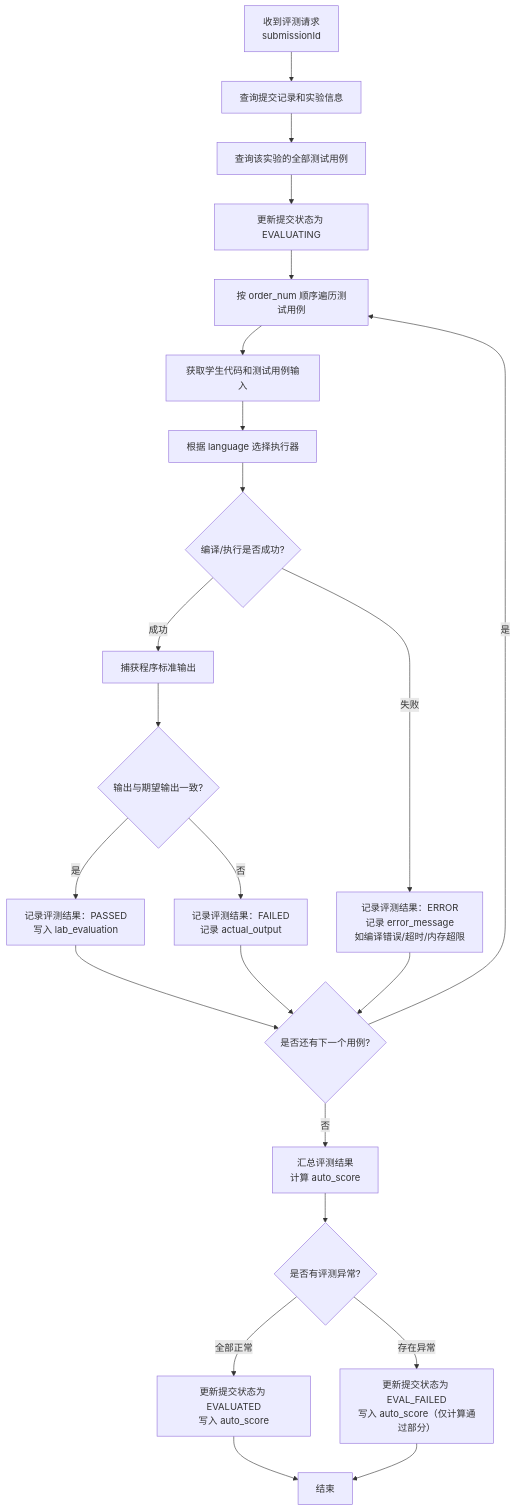
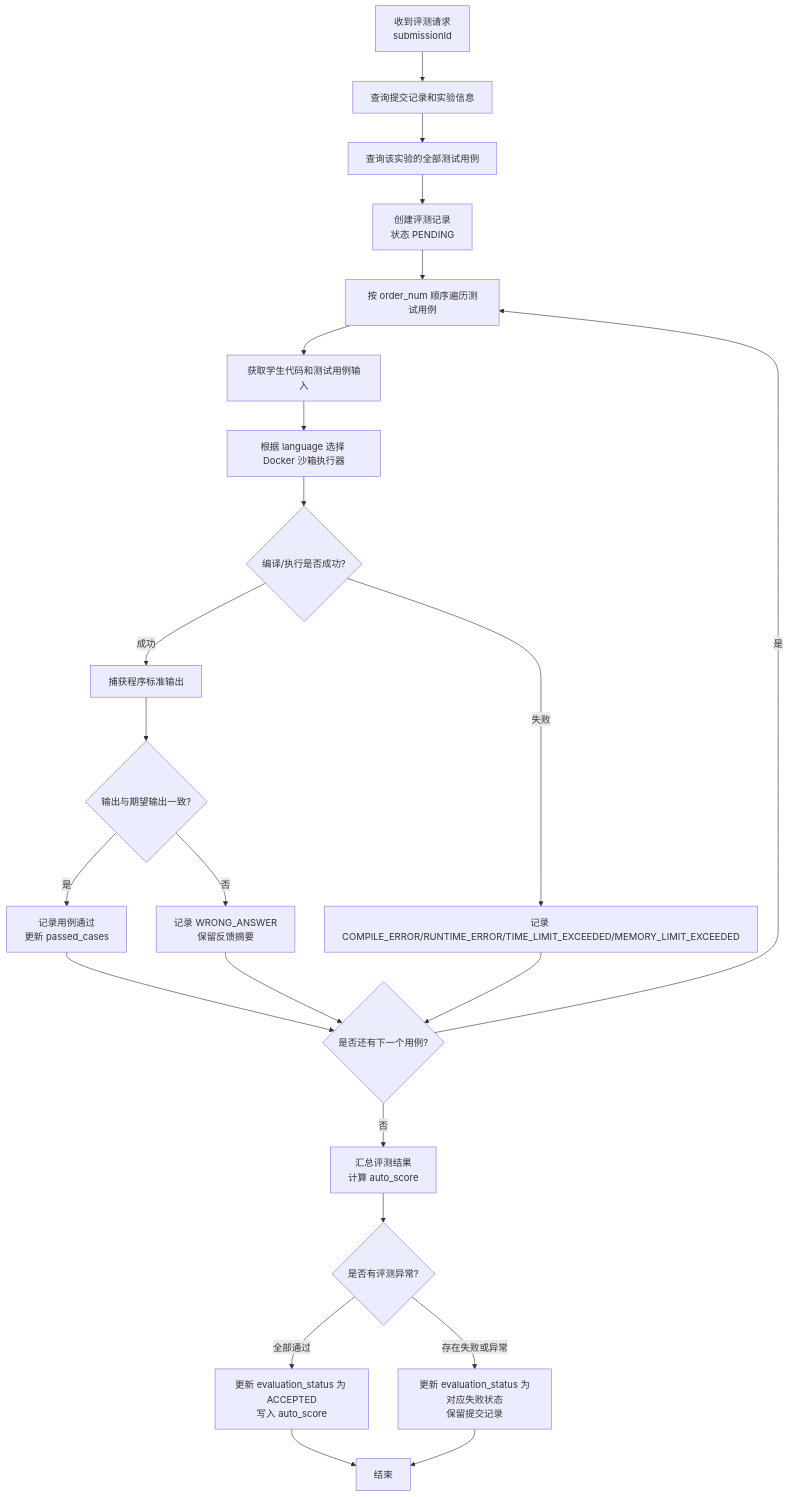
One commit to Cr4zyorange/OnlineJudge changed diagram 26 of 47 in docs/最终提交/软件详细设计说明书.md. Above: the diagram before and after it, drawn with Mermaid. The commit also changed other lines of this file, not shown here.

````diff
--- a/docs/最终提交/软件详细设计说明书.md
+++ b/docs/最终提交/软件详细设计说明书.md
@@ -2449,25 +2581,25 @@
 ```mermaid
 flowchart TD
   A[收到评测请求<br/>submissionId] --> B[查询提交记录和实验信息]
   B --> C[查询该实验的全部测试用例]
-  C --> D[更新提交状态为 EVALUATING]
+  C --> D[创建评测记录<br/>状态 PENDING]
   D --> E[按 order_num 顺序遍历测试用例]
   E --> F[获取学生代码和测试用例输入]
-  F --> G[根据 language 选择执行器]
+  F --> G[根据 language 选择 Docker 沙箱执行器]
   G --> H{编译/执行是否成功?}
   H -- 成功 --> I[捕获程序标准输出]
   I --> J{输出与期望输出一致?}
-  J -- 是 --> K[记录评测结果：PASSED<br/>写入 lab_evaluation]
-  J -- 否 --> L[记录评测结果：FAILED<br/>记录 actual_output]
-  H -- 失败 --> M[记录评测结果：ERROR<br/>记录 error_message<br/>如编译错误/超时/内存超限]
+  J -- 是 --> K[记录用例通过<br/>更新 passed_cases]
+  J -- 否 --> L[记录 WRONG_ANSWER<br/>保留反馈摘要]
+  H -- 失败 --> M[记录 COMPILE_ERROR/RUNTIME_ERROR/TIME_LIMIT_EXCEEDED/MEMORY_LIMIT_EXCEEDED]
   K --> N{是否还有下一个用例?}
   L --> N
   M --> N
   N -- 是 --> E
   N -- 否 --> O[汇总评测结果<br/>计算 auto_score]
   O --> P{是否有评测异常?}
-  P -- 全部正常 --> Q[更新提交状态为 EVALUATED<br/>写入 auto_score]
-  P -- 存在异常 --> R[更新提交状态为 EVAL_FAILED<br/>写入 auto_score（仅计算通过部分）]
+  P -- 全部通过 --> Q[更新 evaluation_status 为 ACCEPTED<br/>写入 auto_score]
+  P -- 存在失败或异常 --> R[更新 evaluation_status 为对应失败状态<br/>保留提交记录]
   Q --> S[结束]
   R --> S
 ```
````
